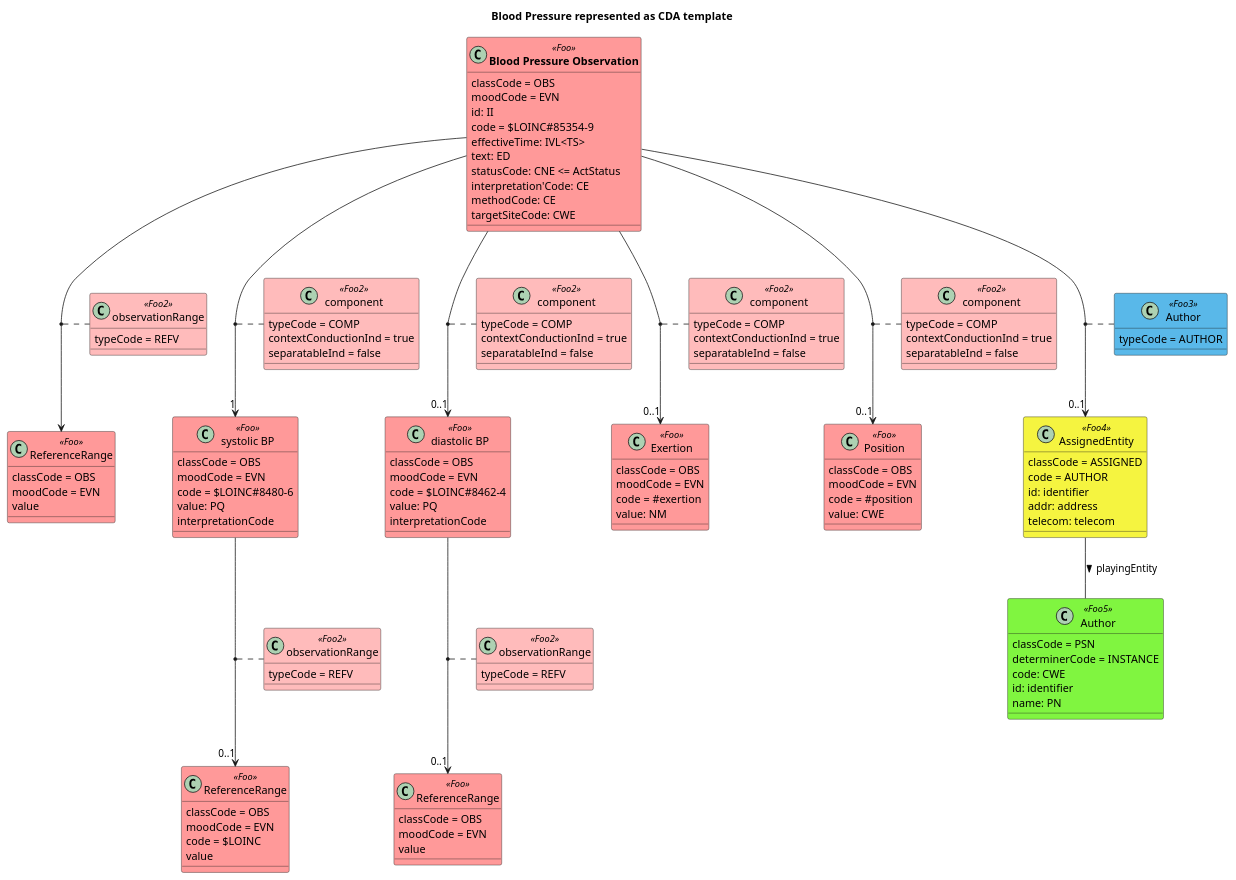
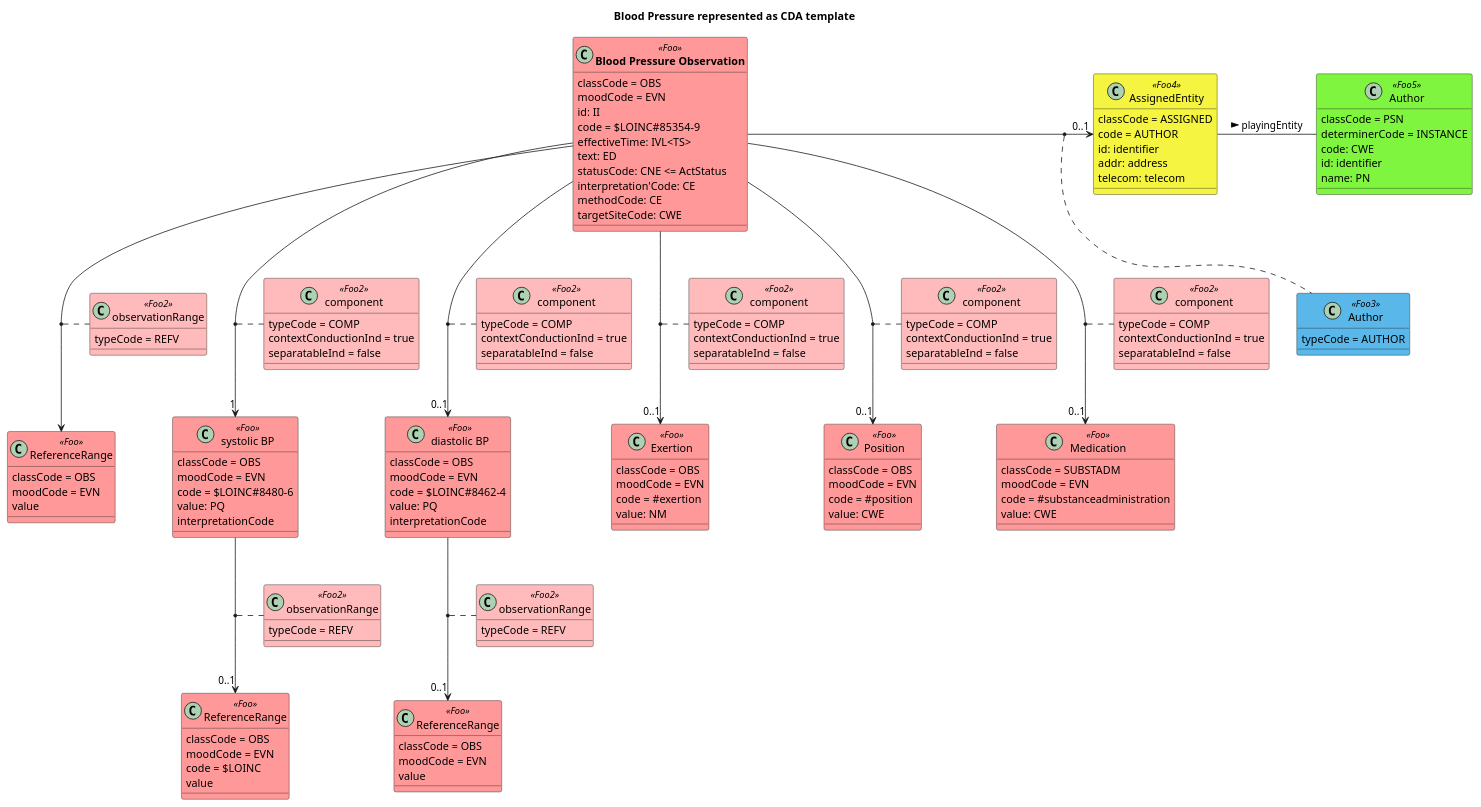
The diagram in input/images-source/bloodpressure_cda.plantuml (frankoemig/vital-signs-demo), drawn with PlantUML before and after one commit. The commit also changed 7 other files, not shown here.

```diff
--- a/input/images-source/bloodpressure_cda.plantuml
+++ b/input/images-source/bloodpressure_cda.plantuml
@@ -1,164 +1,180 @@
 @startuml
 
 skinparam svgDimensionStyle false
 
 title Blood Pressure represented as CDA template
 
 
 skinparam class {
 'BackgroundColor #ff9999 'PaleGreen
 'ArrowColor #ff9999 'SeaGreen
 'BorderColor SpringGreen
 BackgroundColor<<Foo>> #ff9999
 BackgroundColor<<Foo2>> #ffbbbb
 BackgroundColor<<Foo3>> #59b8e9
 BackgroundColor<<Foo4>> #f5f440
 BackgroundColor<<Foo5>> #80f540
 'BorderColor<<Foo>> Tomato
 }
 
 class "**Blood Pressure Observation**"  as bp <<Foo>> {
     classCode = OBS
     moodCode = EVN
     id: II
     code = $LOINC#85354-9
     effectiveTime: IVL<TS>
     text: ED
     statusCode: CNE <= ActStatus
     interpretation'Code: CE
     methodCode: CE
     targetSiteCode: CWE
 }
 
 class "ReferenceRange" as rr <<Foo>> {
     classCode = OBS
     moodCode = EVN
     value
 }
 
 class "ReferenceRange" as rr2 <<Foo>> {
     classCode = OBS
     moodCode = EVN
     code = $LOINC
     value
 }
 
 class "ReferenceRange" as rr3 <<Foo>> {
     classCode = OBS
     moodCode = EVN
     value
 }
 
 class "observationRange" as or <<Foo2>> {
     typeCode = REFV
 }
 
 class "observationRange" as or2 <<Foo2>> {
     typeCode = REFV
 }
 
 class "observationRange" as or3 <<Foo2>> {
     typeCode = REFV
 }
 
 class "systolic BP" as syst <<Foo>> {
     classCode = OBS
     moodCode = EVN
     code = $LOINC#8480-6
     value: PQ
     interpretationCode
 }
 
 class "diastolic BP" as diast <<Foo>> {
     classCode = OBS
     moodCode = EVN
     code = $LOINC#8462-4
     value: PQ
     interpretationCode
 }
 
 class "Exertion" as exer <<Foo>> {
     classCode = OBS
     moodCode = EVN
     code = #exertion
     value: NM
 }
 
 class "Position" as pos <<Foo>> {
     classCode = OBS
     moodCode = EVN
     code = #position
     value: CWE
 }
 
+class "Medication" as med <<Foo>> {
+    classCode = SUBSTADM
+    moodCode = EVN
+    code = #substanceadministration
+    value: CWE
+}
+
 class "component" as comp1 <<Foo2>> {
     typeCode = COMP
     contextConductionInd = true
     separatableInd = false
 }
 
 class "component" as comp2 <<Foo2>> {
     typeCode = COMP
     contextConductionInd = true
     separatableInd = false
 }
 
 class "component" as comp3 <<Foo2>> {
     typeCode = COMP
     contextConductionInd = true
     separatableInd = false
 }
 
 class "component" as comp4 <<Foo2>> {
+    typeCode = COMP
+    contextConductionInd = true
+    separatableInd = false
+}
+
+class "component" as comp5 <<Foo2>> {
     typeCode = COMP
     contextConductionInd = true
     separatableInd = false
 }
 
 class "Author" as author <<Foo3>> {
     typeCode = AUTHOR
 }
 
 class "AssignedEntity" as ae <<Foo4>> {
     classCode = ASSIGNED
     code = AUTHOR
     id: identifier
     addr: address
     telecom: telecom
 }
 
 class "Author" as pers <<Foo5>> {
     classCode = PSN
     determinerCode = INSTANCE
     code: CWE
     id: identifier
     name: PN
 }
 
 bp --> rr
 (bp, rr) .. or 
 
 bp --> "1" syst
 (bp, syst) .. comp1
 
 bp --> "0..1" diast
 (bp, diast) .. comp2
 
 bp --> "0..1" exer
 (bp, exer) .. comp3
 
 bp --> "0..1" pos
 (bp, pos) .. comp4
 
-bp --> "0..1" ae
+bp --> "0..1" med
+(bp, med) .. comp5
+
+bp -right-> "0..1" ae
 (bp, ae) .. author
 
-ae -- pers : playingEntity >
+ae -right- pers : playingEntity >
 
 syst --> "0..1" rr2
 (syst, rr2) .. or2
 
 diast --> "0..1" rr3
 (diast, rr3) .. or3
 
 @enduml
```
